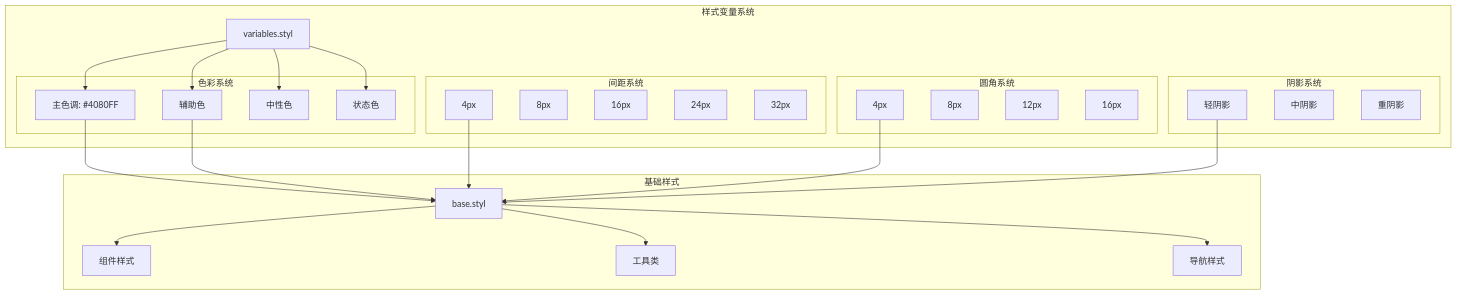
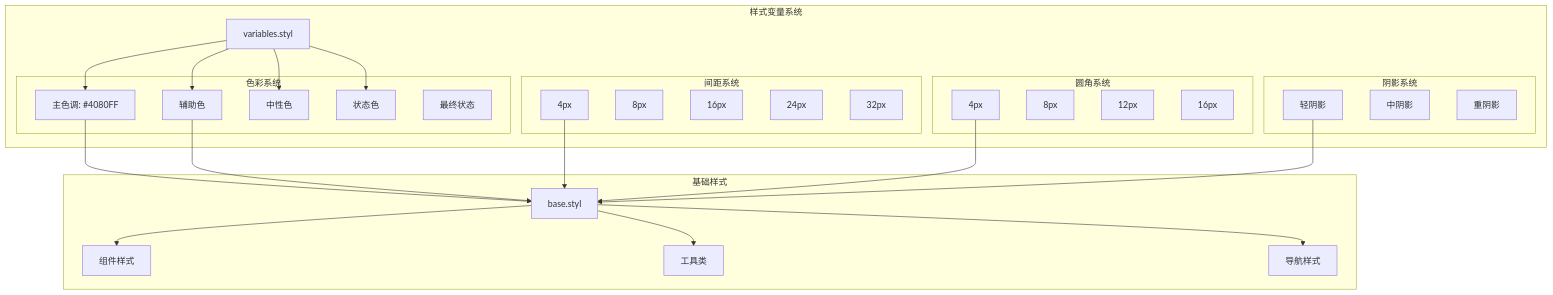
Before and after one commit to terwer/siyuan-plugin-publisher: the eighth of 11 diagrams in .qoder/repowiki/zh/content/用户界面组件/UI V2 设计原则.md, drawn with Mermaid. The commit also changed other lines of this file and 27 other files, not shown here.

````diff
--- a/.qoder/repowiki/zh/content/用户界面组件/UI V2 设计原则.md
+++ b/.qoder/repowiki/zh/content/用户界面组件/UI V2 设计原则.md
@@ -306,48 +311,49 @@
 ```mermaid
 graph TB
 subgraph "样式变量系统"
 Variables[variables.styl]
 subgraph "色彩系统"
 Primary[主色调: #4080FF]
 Secondary[辅助色]
 Neutral[中性色]
 Status[状态色]
+EndState[最终状态]
 end
 subgraph "间距系统"
 SpacingXS[4px]
 SpacingSM[8px]
 SpacingMD[16px]
 SpacingLG[24px]
 SpacingXL[32px]
 end
 subgraph "圆角系统"
 RadiusSM[4px]
 RadiusMD[8px]
 RadiusLG[12px]
 RadiusXL[16px]
 end
 subgraph "阴影系统"
 ShadowSM[轻阴影]
 ShadowMD[中阴影]
 ShadowLG[重阴影]
 end
 end
 subgraph "基础样式"
 Base[base.styl]
 Components[组件样式]
 Utilities[工具类]
 Navigation[导航样式]
 end
 Variables --> Primary
 Variables --> Secondary
 Variables --> Neutral
 Variables --> Status
 Primary --> Base
 Secondary --> Base
 SpacingXS --> Base
 RadiusSM --> Base
 ShadowSM --> Base
 Base --> Components
 Base --> Utilities
 Base --> Navigation
 ```
````
